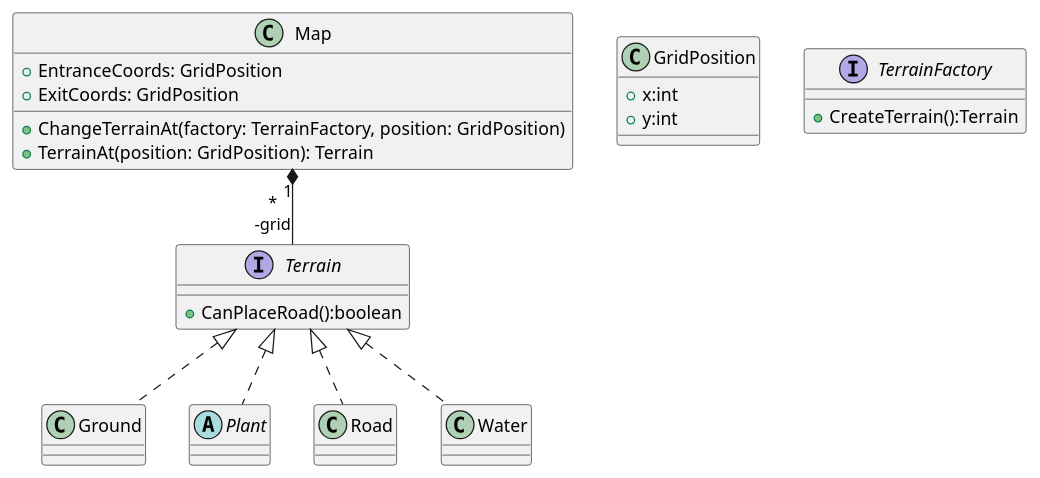
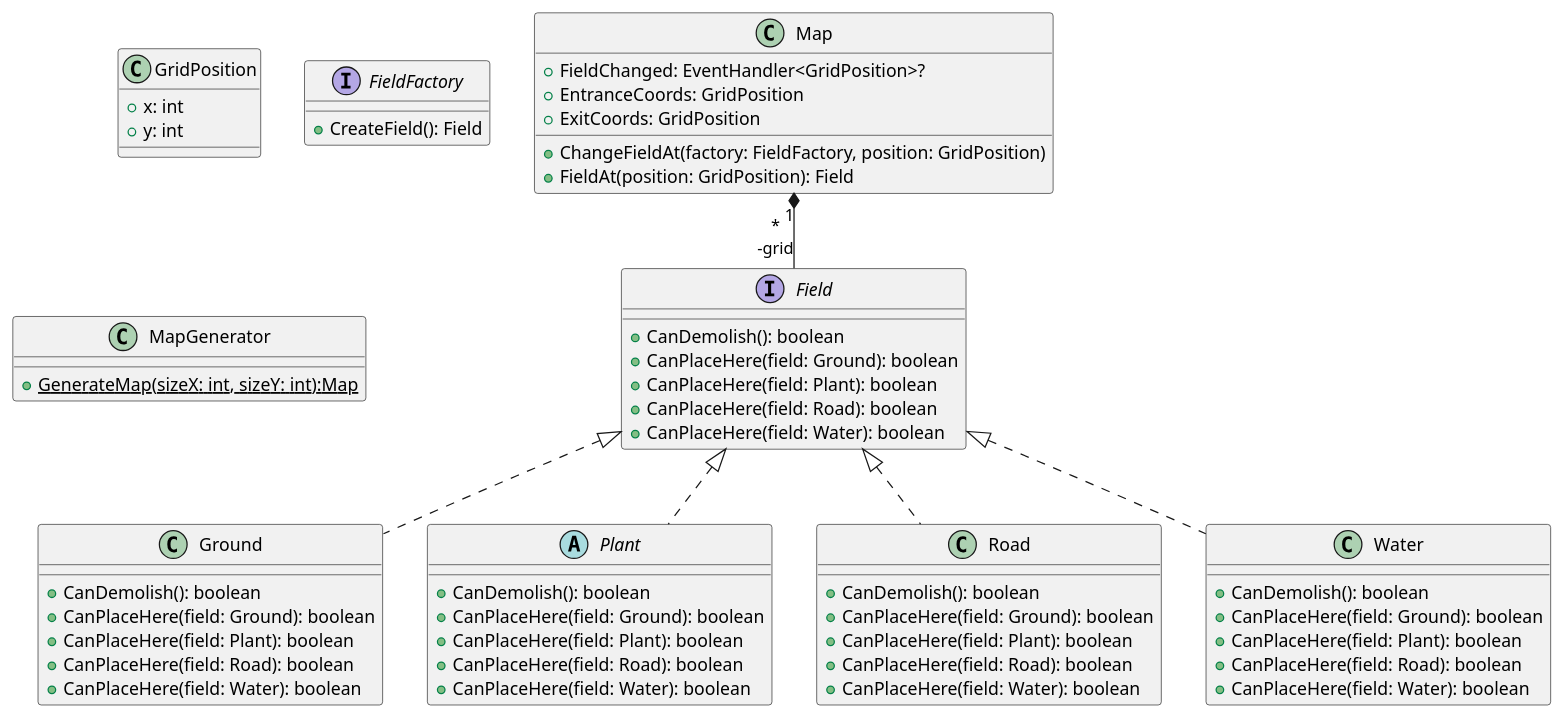
Before and after one commit to Peter-Balint/SafariGame: the diagram in class-diagram/model/map.plantuml, drawn with PlantUML. The commit also changed 2 other files, not shown here.

Commit message:
Rename Terrain to Field, MapGenerator

```diff
--- a/class-diagram/model/map.plantuml
+++ b/class-diagram/model/map.plantuml
@@ -1,43 +1,73 @@
 @startuml
 class Map{
+    +FieldChanged: EventHandler<GridPosition>?
     +EntranceCoords: GridPosition
     +ExitCoords: GridPosition
-    +ChangeTerrainAt(factory: TerrainFactory, position: GridPosition)
-    +TerrainAt(position: GridPosition): Terrain
+    +ChangeFieldAt(factory: FieldFactory, position: GridPosition)
+    +FieldAt(position: GridPosition): Field
 }
 
 class GridPosition{
-    +x:int
-    +y:int
+    +x: int
+    +y: int
 }
 
-interface Terrain{
-    +CanPlaceRoad():boolean
+interface Field{
+    +CanDemolish(): boolean
+    +CanPlaceHere(field: Ground): boolean
+    +CanPlaceHere(field: Plant): boolean
+    +CanPlaceHere(field: Road): boolean
+    +CanPlaceHere(field: Water): boolean
+
 }
 
-class Ground{}
+class Ground{
+    +CanDemolish(): boolean
+    +CanPlaceHere(field: Ground): boolean
+    +CanPlaceHere(field: Plant): boolean
+    +CanPlaceHere(field: Road): boolean
+    +CanPlaceHere(field: Water): boolean
+
+}
 
 abstract class Plant{
+    +CanDemolish(): boolean
+    +CanPlaceHere(field: Ground): boolean
+    +CanPlaceHere(field: Plant): boolean
+    +CanPlaceHere(field: Road): boolean
+    +CanPlaceHere(field: Water): boolean
 
 }
 
 class Road{
+    +CanDemolish(): boolean
+    +CanPlaceHere(field: Ground): boolean
+    +CanPlaceHere(field: Plant): boolean
+    +CanPlaceHere(field: Road): boolean
+    +CanPlaceHere(field: Water): boolean
 
 }
 
 class Water{
-
+    +CanDemolish(): boolean
+    +CanPlaceHere(field: Ground): boolean
+    +CanPlaceHere(field: Plant): boolean
+    +CanPlaceHere(field: Road): boolean
+    +CanPlaceHere(field: Water): boolean
 }
 
-Map "1" *-- "*\n-grid" Terrain
-Terrain <|.. Ground
-Terrain <|.. Plant
-Terrain <|.. Road
-Terrain <|.. Water
+Map "1" *-- "*\n-grid" Field
+Field <|.. Ground
+Field <|.. Plant
+Field <|.. Road
+Field <|.. Water
 
 
-interface TerrainFactory{
-    +CreateTerrain():Terrain
+interface FieldFactory{
+    +CreateField(): Field
 }
 
+class MapGenerator{
+    +{static} GenerateMap(sizeX: int, sizeY: int):Map
+}
 @enduml
```
